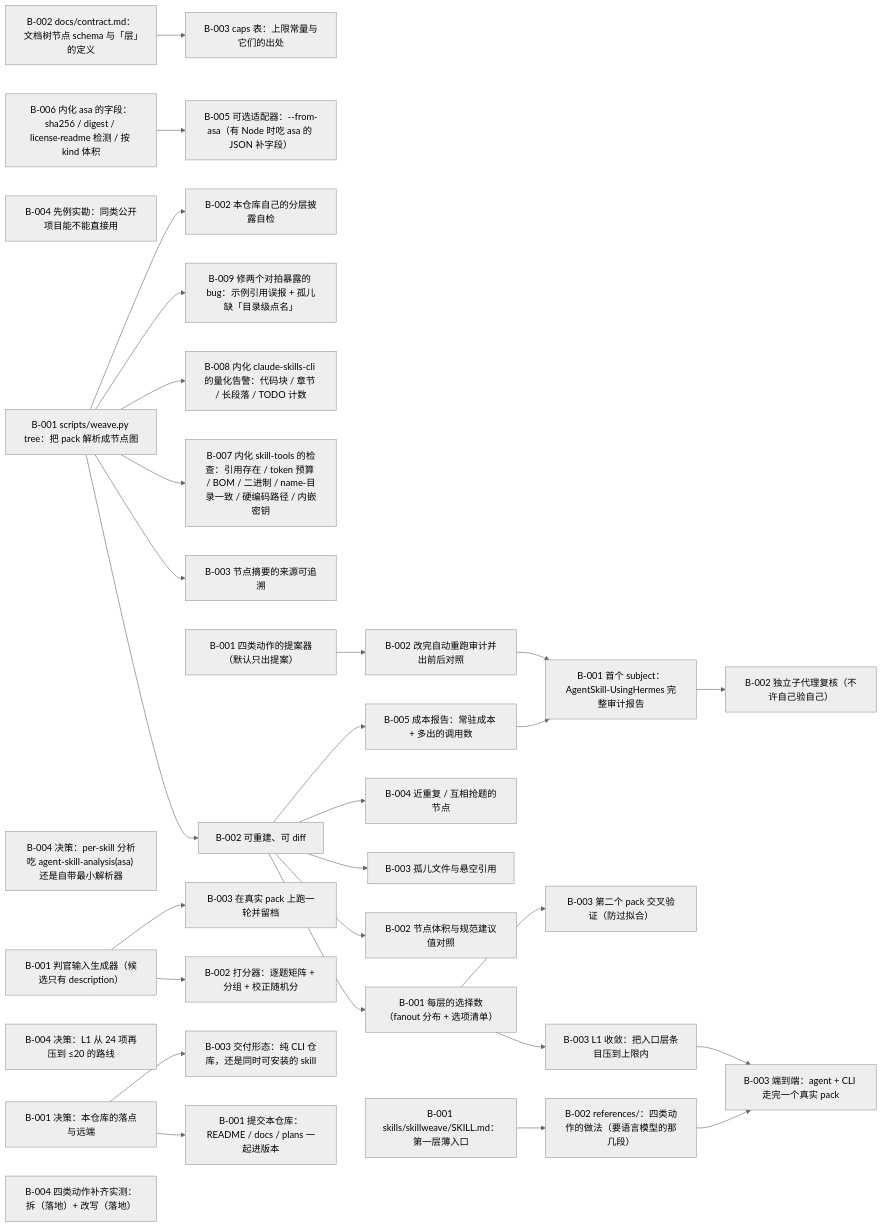
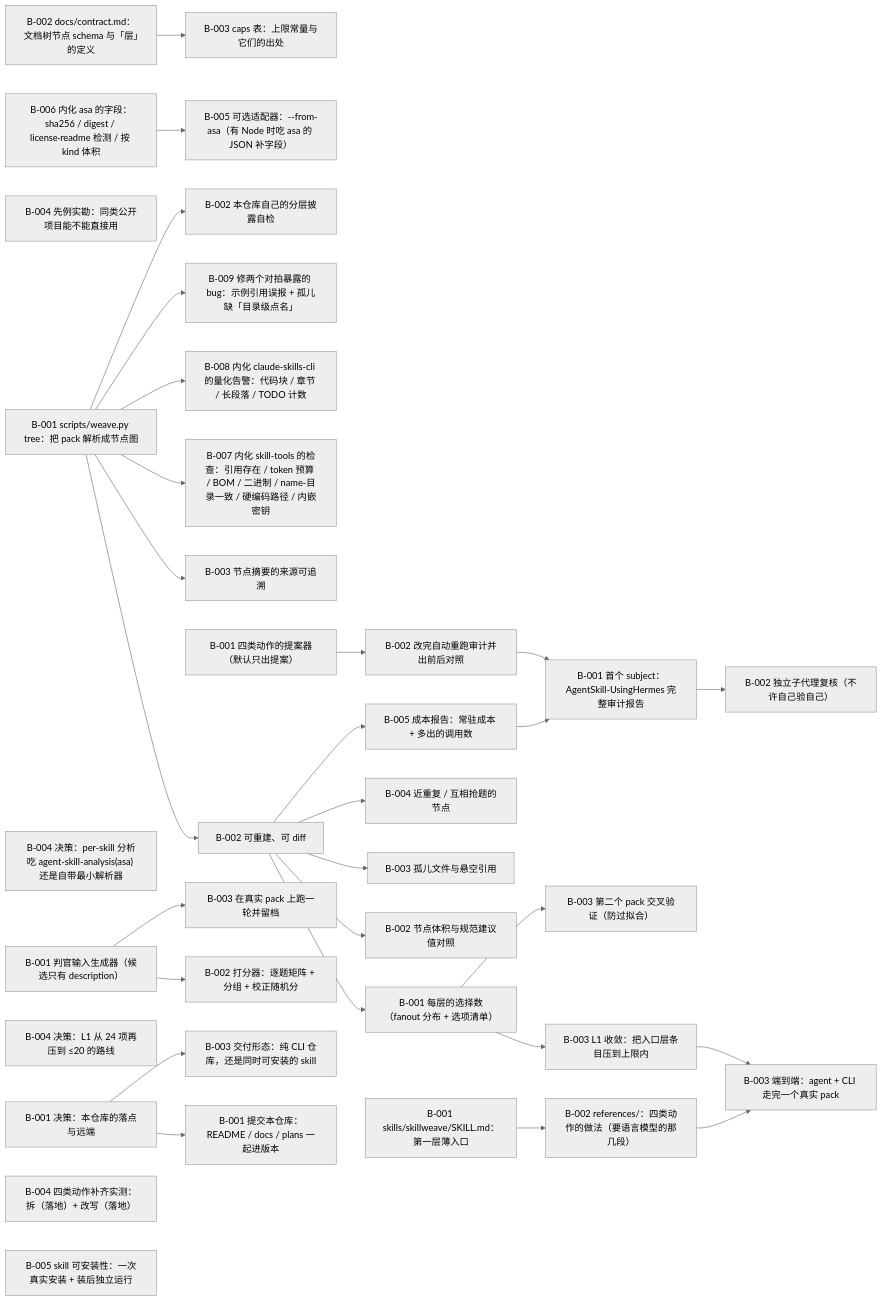
One commit to flmaximwang/SkillWeave changed the diagram in plans/skillweave/PLAN.md. Above: the diagram before and after it, drawn with Mermaid (neutral theme). The commit also changed other lines of this file and 3 other files, not shown here.

````diff
--- a/plans/skillweave/PLAN.md
+++ b/plans/skillweave/PLAN.md
@@ -15,70 +15,71 @@
 ```mermaid
 flowchart LR
   T-001_B-001["B-001 决策：本仓库的落点与远端"]
   T-001_B-002["B-002 docs/contract.md：文档树节点 schema 与「层」的定义"]
   T-001_B-003["B-003 caps 表：上限常量与它们的出处"]
   T-001_B-004["B-004 先例实勘：同类公开项目能不能直接用"]
   T-002_B-001["B-001 scripts/weave.py tree：把 pack 解析成节点图"]
   T-002_B-002["B-002 可重建、可 diff"]
   T-002_B-003["B-003 节点摘要的来源可追溯"]
   T-002_B-004["B-004 决策：per-skill 分析吃 agent-skill-analysis(asa) 还是自带最小解析器"]
   T-002_B-005["B-005 可选适配器：--from-asa（有 Node 时吃 asa 的 JSON 补字段）"]
   T-003_B-001["B-001 每层的选择数（fanout 分布 + 选项清单）"]
   T-003_B-002["B-002 节点体积与规范建议值对照"]
   T-003_B-003["B-003 孤儿文件与悬空引用"]
   T-003_B-004["B-004 近重复 / 互相抢题的节点"]
   T-003_B-005["B-005 成本报告：常驻成本 + 多出的调用数"]
   T-003_B-006["B-006 内化 asa 的字段：sha256 / digest / license·readme 检测 / 按 kind 体积"]
   T-003_B-007["B-007 内化 skill-tools 的检查：引用存在 / token 预算 / BOM / 二进制 / name-目录一致 / 硬编码路径 / 内嵌密钥"]
   T-003_B-008["B-008 内化 claude-skills-cli 的量化告警：代码块 / 章节 / 长段落 / TODO 计数"]
   T-003_B-009["B-009 修两个对拍暴露的 bug：示例引用误报 + 孤儿缺「目录级点名」"]
   T-004_B-001["B-001 四类动作的提案器（默认只出提案）"]
   T-004_B-002["B-002 改完自动重跑审计并出前后对照"]
   T-004_B-003["B-003 L1 收敛：把入口层条目压到上限内"]
   T-004_B-004["B-004 决策：L1 从 24 项再压到 ≤20 的路线"]
   T-005_B-001["B-001 判官输入生成器（候选只有 description）"]
   T-005_B-002["B-002 打分器：逐题矩阵 + 分组 + 校正随机分"]
   T-005_B-003["B-003 在真实 pack 上跑一轮并留档"]
   T-006_B-001["B-001 首个 subject：AgentSkill-UsingHermes 完整审计报告"]
   T-006_B-002["B-002 独立子代理复核（不许自己验自己）"]
   T-006_B-003["B-003 第二个 pack 交叉验证（防过拟合）"]
   T-007_B-001["B-001 提交本仓库：README / docs / plans 一起进版本"]
   T-007_B-002["B-002 本仓库自己的分层披露自检"]
   T-007_B-003["B-003 交付形态：纯 CLI 仓库，还是同时可安装的 skill"]
   T-008_B-001["B-001 skills/skillweave/SKILL.md：第一层薄入口"]
   T-008_B-002["B-002 references/：四类动作的做法（要语言模型的那几段）"]
   T-008_B-003["B-003 端到端：agent + CLI 走完一个真实 pack"]
   T-008_B-004["B-004 四类动作补齐实测：拆（落地）+ 改写（落地）"]
+  T-008_B-005["B-005 skill 可安装性：一次真实安装 + 装后独立运行"]
   T-001_B-002 --> T-001_B-003
   T-002_B-001 --> T-002_B-002
   T-002_B-001 --> T-002_B-003
   T-003_B-006 --> T-002_B-005
   T-002_B-002 --> T-003_B-001
   T-002_B-002 --> T-003_B-002
   T-002_B-002 --> T-003_B-003
   T-002_B-002 --> T-003_B-004
   T-002_B-002 --> T-003_B-005
   T-002_B-001 --> T-003_B-007
   T-002_B-001 --> T-003_B-008
   T-002_B-001 --> T-003_B-009
   T-004_B-001 --> T-004_B-002
   T-003_B-001 --> T-004_B-003
   T-005_B-001 --> T-005_B-002
   T-005_B-001 --> T-005_B-003
   T-003_B-005 --> T-006_B-001
   T-004_B-002 --> T-006_B-001
   T-006_B-001 --> T-006_B-002
   T-003_B-001 --> T-006_B-003
   T-001_B-001 --> T-007_B-001
   T-002_B-001 --> T-007_B-002
   T-001_B-001 --> T-007_B-003
   T-008_B-001 --> T-008_B-002
   T-008_B-002 --> T-008_B-003
   T-004_B-003 --> T-008_B-003
   classDef done stroke-width:1px;
-  class T-001_B-001,T-001_B-002,T-001_B-003,T-001_B-004,T-002_B-001,T-002_B-002,T-002_B-003,T-002_B-004,T-003_B-001,T-003_B-002,T-003_B-003,T-003_B-004,T-003_B-005,T-003_B-006,T-003_B-007,T-003_B-008,T-003_B-009,T-004_B-001,T-004_B-002,T-004_B-003,T-005_B-001,T-005_B-002,T-005_B-003,T-006_B-001,T-006_B-002,T-006_B-003,T-007_B-001,T-007_B-002,T-007_B-003,T-008_B-001,T-008_B-002,T-008_B-003,T-008_B-004 done;
+  class T-001_B-001,T-001_B-002,T-001_B-003,T-001_B-004,T-002_B-001,T-002_B-002,T-002_B-003,T-002_B-004,T-003_B-001,T-003_B-002,T-003_B-003,T-003_B-004,T-003_B-005,T-003_B-006,T-003_B-007,T-003_B-008,T-003_B-009,T-004_B-001,T-004_B-002,T-004_B-003,T-005_B-001,T-005_B-002,T-005_B-003,T-006_B-001,T-006_B-002,T-006_B-003,T-007_B-001,T-007_B-002,T-007_B-003,T-008_B-001,T-008_B-002,T-008_B-003,T-008_B-004,T-008_B-005 done;
   classDef cancelled stroke-width:1px;
   class T-002_B-005 cancelled;
   classDef blocked stroke-width:1px;
   class T-004_B-004 blocked;
 ```
````
